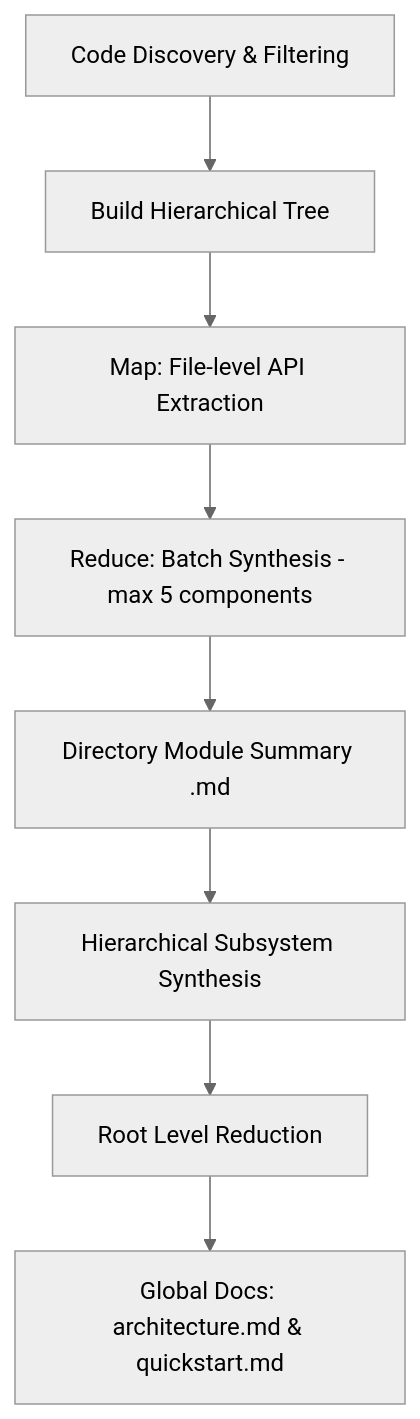
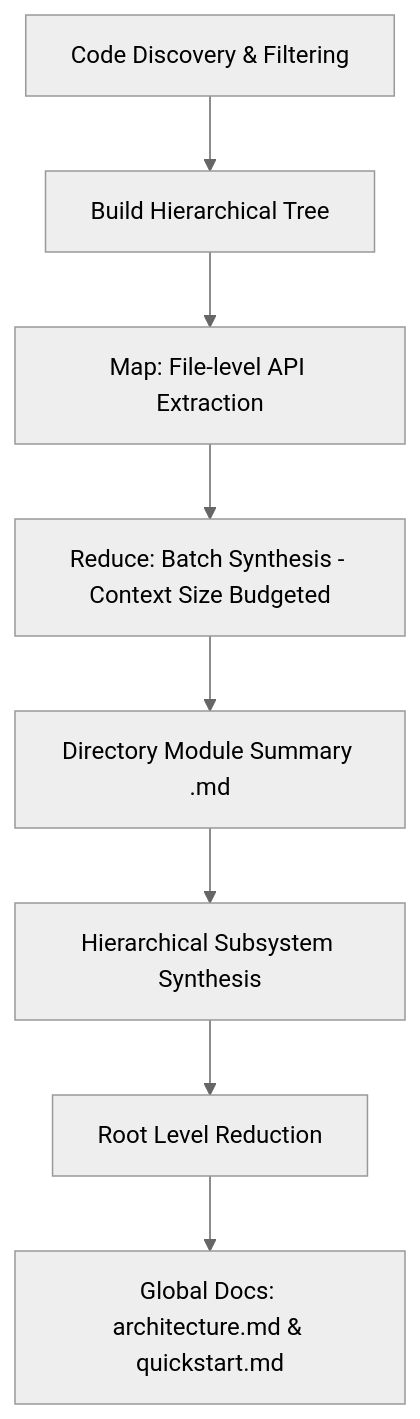
The diagram in README.md (arrase/code-reducer), drawn with Mermaid (neutral theme) before and after one commit. The commit also changed other lines of this file, not shown here.

Commit message:
docs: update README with context-budgeted reduction, atomic file locks, hash-based incremental builds, and improved security hardening.

````diff
--- a/README.md
+++ b/README.md
@@ -31,10 +32,10 @@
 ```mermaid
 graph TD
     A[Code Discovery & Filtering] --> B[Build Hierarchical Tree]
     B --> C[Map: File-level API Extraction]
-    C --> D[Reduce: Batch Synthesis - max 5 components]
+    C --> D[Reduce: Batch Synthesis - Context Size Budgeted]
     D --> E[Directory Module Summary .md]
     E --> F[Hierarchical Subsystem Synthesis]
     F --> G[Root Level Reduction]
     G --> H[Global Docs: architecture.md & quickstart.md]
 ```
````
